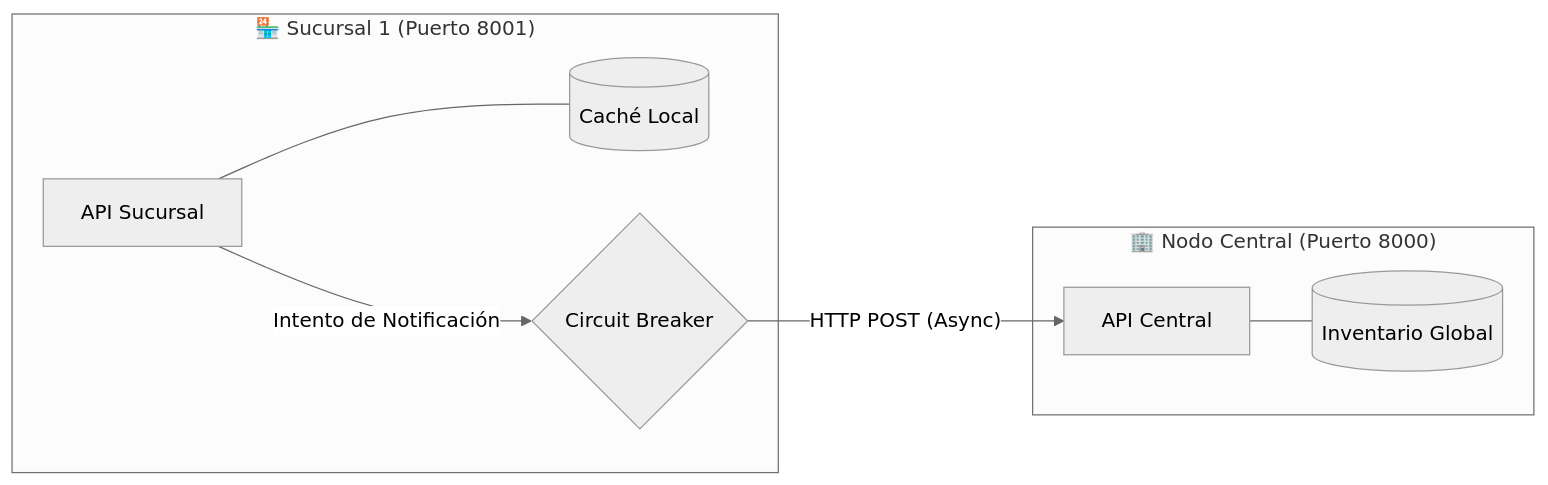
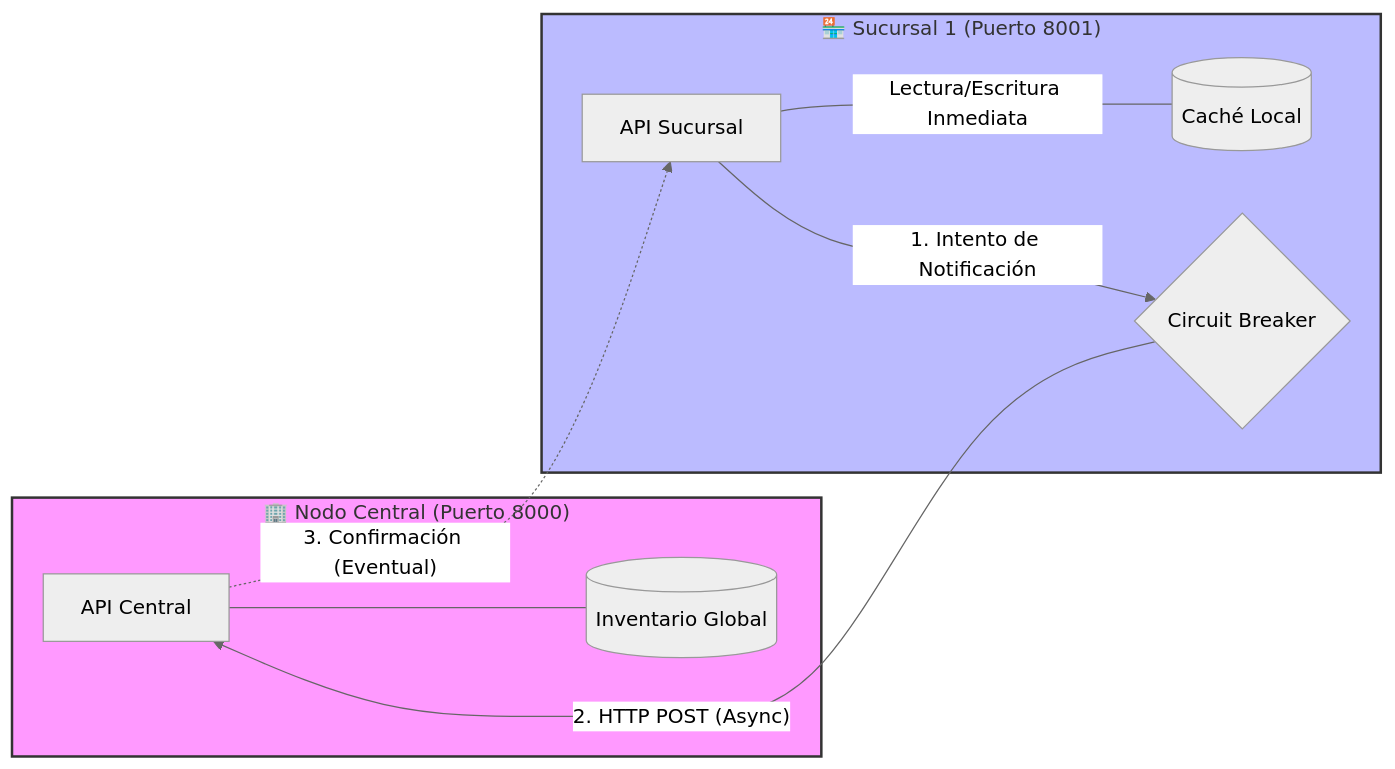
Before and after one commit to Chriis1404/DECISIONS.md: the diagram in Taller3_Arquitectura Distribuida/README.md, drawn with Mermaid (neutral theme). The commit also changed other lines of this file, not shown here.

````diff
--- a/Taller3_Arquitectura Distribuida/README.md
+++ b/Taller3_Arquitectura Distribuida/README.md
@@ -47,19 +79,23 @@
 ``` mermaid
 flowchart LR
     subgraph Central_Node ["🏢 Nodo Central (Puerto 8000)"]
         A[API Central]
         DB[(Inventario Global)]
         A --- DB
     end
 
     subgraph Branch_Node ["🏪 Sucursal 1 (Puerto 8001)"]
         B[API Sucursal]
         C[(Caché Local)]
         CB{Circuit Breaker}
 
-        B --- C
-        B -- Intento de Notificación --> CB
+        B -- "Lectura/Escritura Inmediata" --- C
+        B -- "1. Intento de Notificación" --> CB
     end
 
-    CB -- "HTTP POST (Async)" --> A
+    CB -- "2. HTTP POST (Async)" --> A
+    A -.->|"3. Confirmación (Eventual)"| B
+
+    style Central_Node fill:#f9f,stroke:#333,stroke-width:2px
+    style Branch_Node fill:#bbf,stroke:#333,stroke-width:2px
 ```
````
